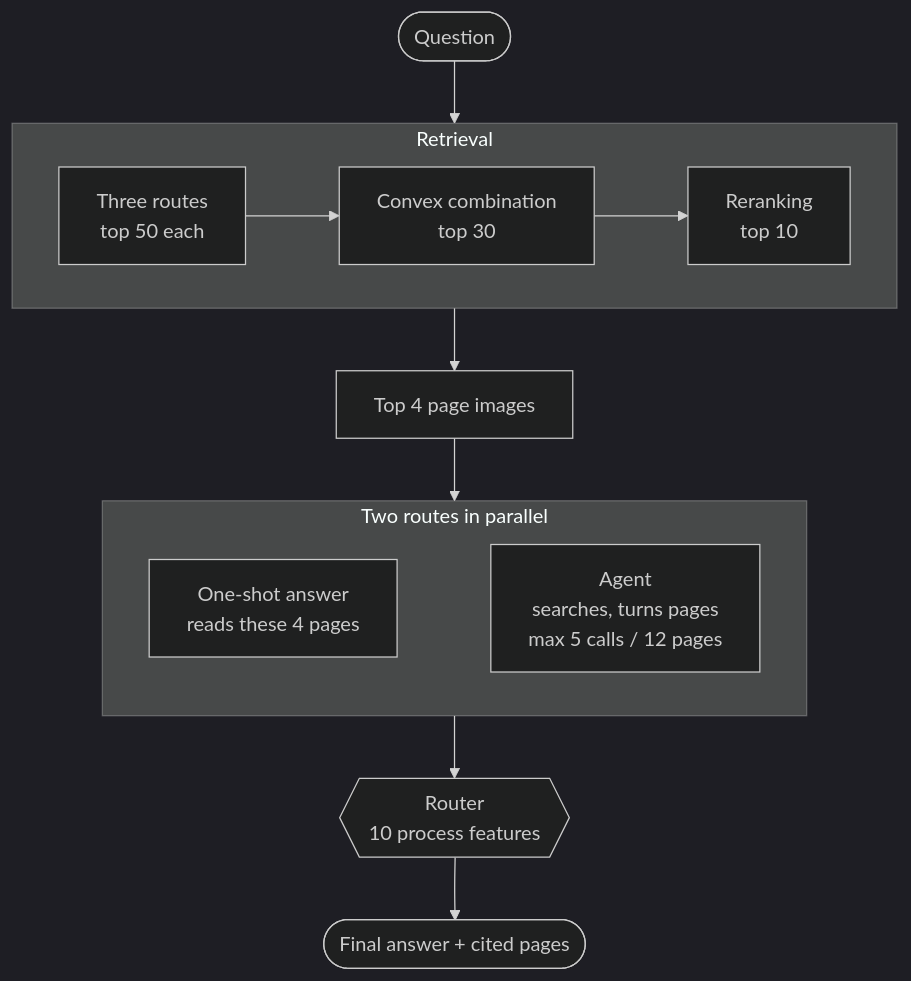
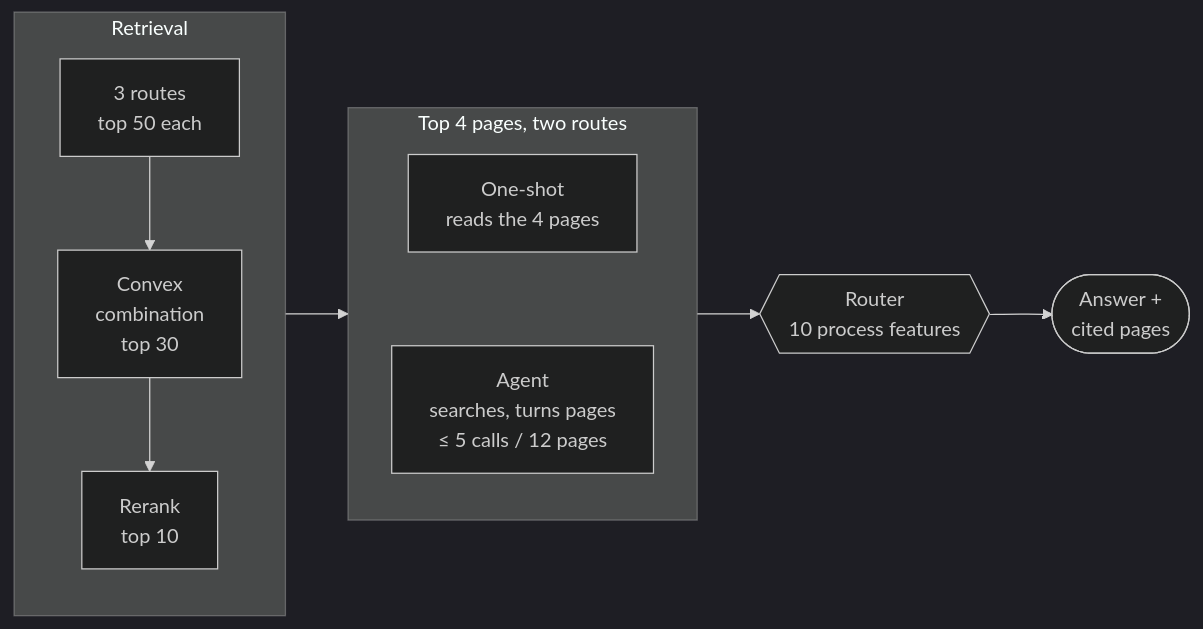
One commit to ruychevvy-a11y/agentic-multimodal-doc-rag changed the second of 2 diagrams in README.en.md. Above: the diagram before and after it, drawn with Mermaid (dark theme). The commit also changed 1 other file, not shown here.

Commit message:
Lay out the answering flowchart horizontally

````diff
--- a/README.en.md
+++ b/README.en.md
@@ -69,18 +69,16 @@
 ```mermaid
-flowchart TD
-    question(["Question"]) --> retrieval
+flowchart LR
     subgraph retrieval["Retrieval"]
-        direction LR
-        recall["Three routes<br/>top 50 each"] --> convex["Convex combination<br/>top 30"] --> rerank["Reranking<br/>top 10"]
+        direction TB
+        recall["3 routes<br/>top 50 each"] --> convex["Convex<br/>combination<br/>top 30"] --> rerank["Rerank<br/>top 10"]
     end
-    retrieval --> top4["Top 4 page images"]
-    top4 --> routes
-    subgraph routes["Two routes in parallel"]
-        direction LR
-        oneshot["One-shot answer<br/>reads these 4 pages"]
-        agent["Agent<br/>searches, turns pages<br/>max 5 calls / 12 pages"]
+    retrieval --> routes
+    subgraph routes["Top 4 pages, two routes"]
+        direction TB
+        oneshot["One-shot<br/>reads the 4 pages"]
+        agent["Agent<br/>searches, turns pages<br/>≤ 5 calls / 12 pages"]
         oneshot ~~~ agent
     end
     routes --> router{{"Router<br/>10 process features"}}
-    router --> final(["Final answer + cited pages"])
+    router --> final(["Answer +<br/>cited pages"])
 ```
````
